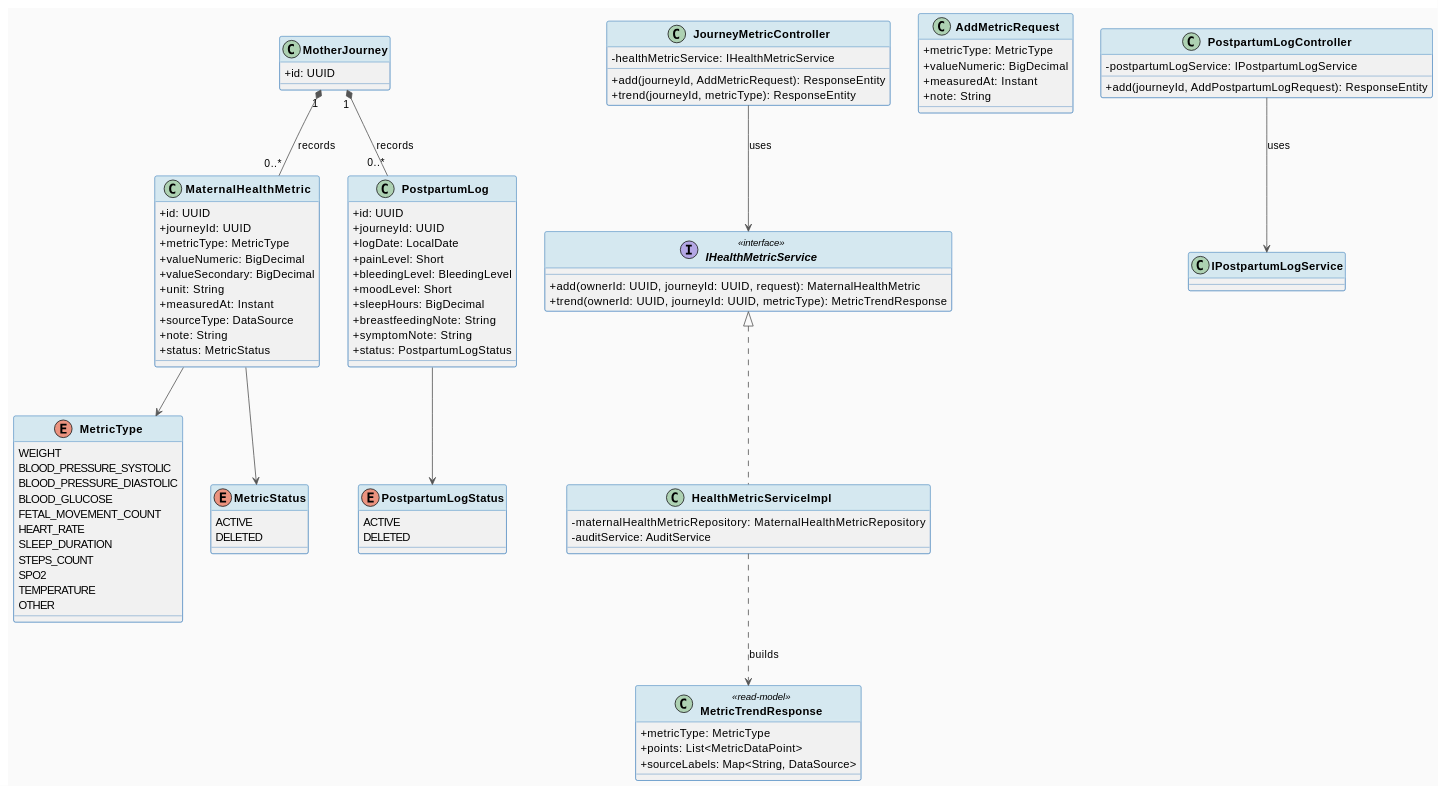
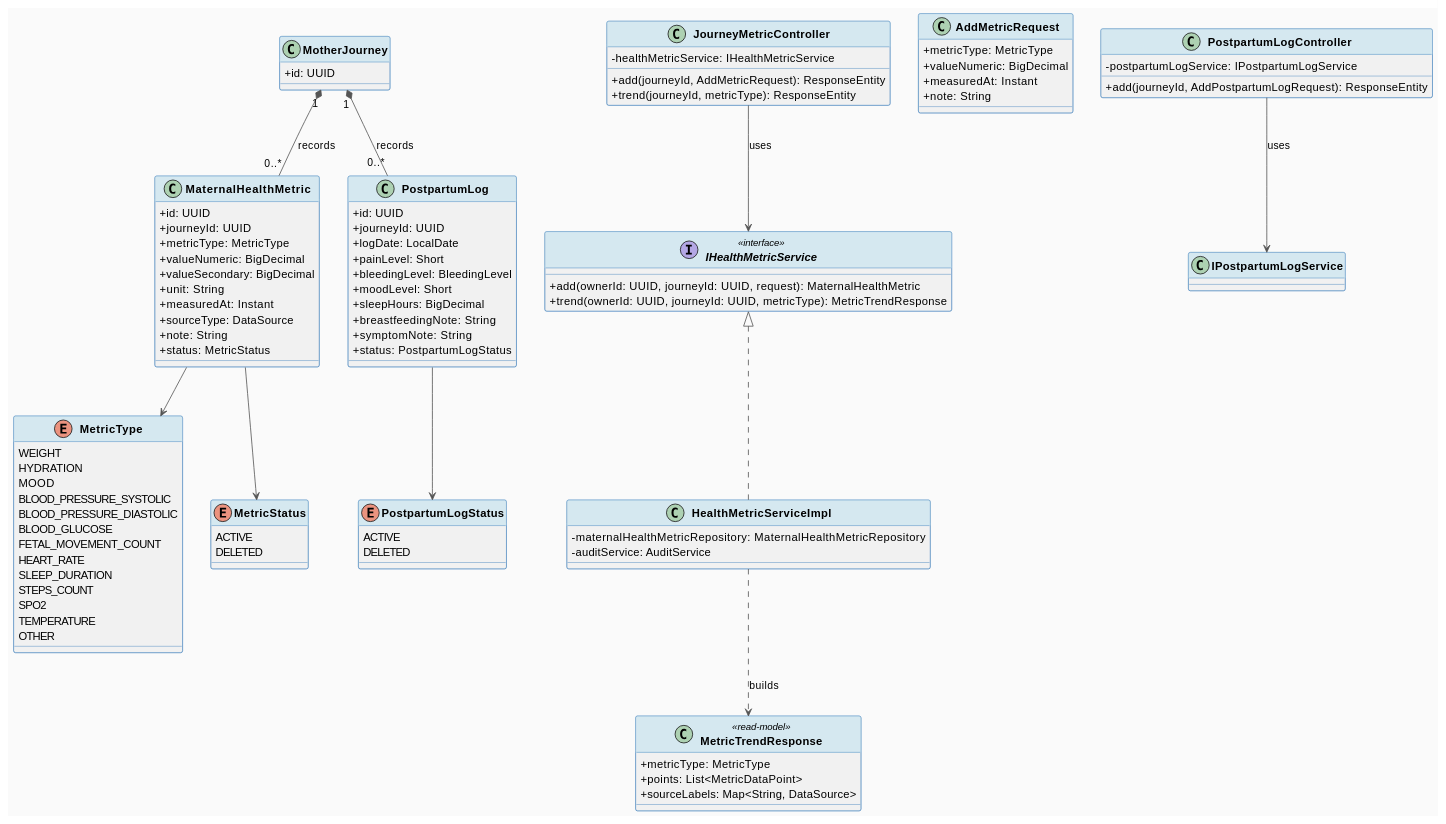
Before and after one commit to ChuongBDHE172784/CareBridge_SEP490_G79: the first of 3 diagrams in docs/Detailed_Design/MF02_Mother_Care_Journey/02_Maternal_Health_Postpartum_Tracking.md, drawn with PlantUML. The commit also changed other lines of this file and 6 other files, not shown here.

Commit message:
feat: add hydration, mood, and fetal movement tracking to maternal health metrics with UI shortcuts

```diff
--- a/docs/Detailed_Design/MF02_Mother_Care_Journey/02_Maternal_Health_Postpartum_Tracking.md
+++ b/docs/Detailed_Design/MF02_Mother_Care_Journey/02_Maternal_Health_Postpartum_Tracking.md
@@ -49,6 +61,8 @@
 
 enum MetricType {
   WEIGHT
+  HYDRATION
+  MOOD
   BLOOD_PRESSURE_SYSTOLIC
   BLOOD_PRESSURE_DIASTOLIC
   BLOOD_GLUCOSE
```
